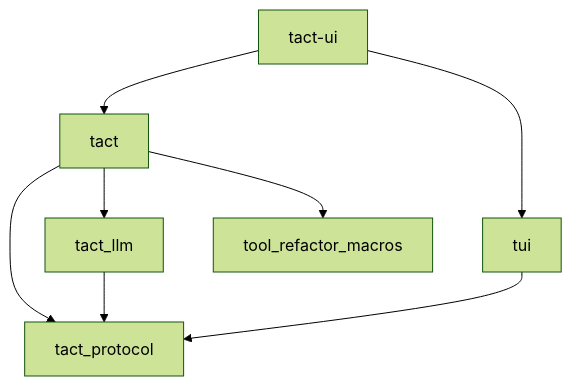
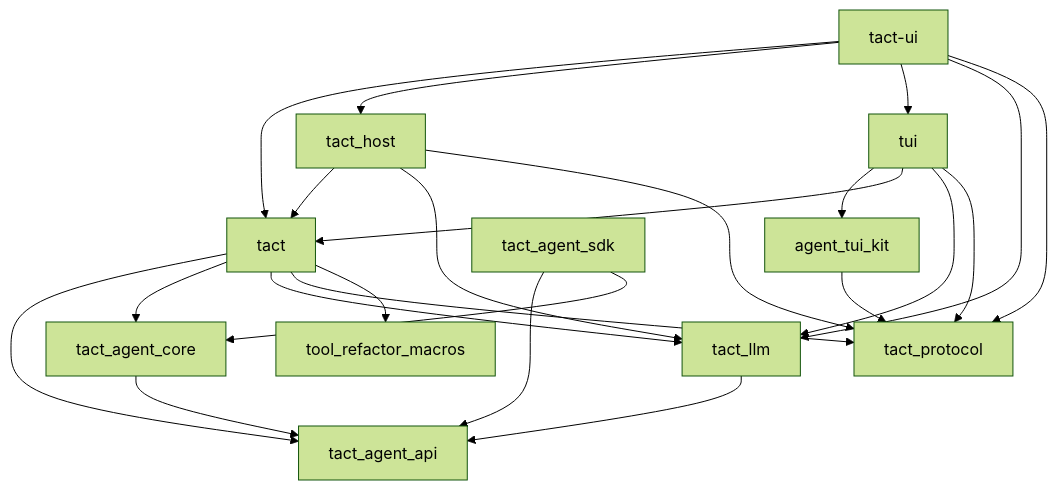
Before and after one commit to rust-infra/tact: the first of 10 diagrams in ARCHITECTURE.md, drawn with Mermaid (forest theme). The commit also changed other lines of this file and 313 other files, not shown here.

First line of the commit message:
feat: agent kernel, embeddable agent SDK, and stable LLM provider SDK (#99)

````diff
--- a/ARCHITECTURE.md
+++ b/ARCHITECTURE.md
@@ -24,10 +29,25 @@
 ```mermaid
 flowchart TB
     tact_ui["tact-ui"] --> tact
+    tact_ui --> tact_host["tact_host"]
+    tact_host --> tact
+    tact_host --> tact_llm
+    tact_host --> tact_protocol
     tact_ui --> tui
+    tact_ui --> tact_llm
+    tact_ui --> tact_protocol
+    tui --> agent_tui_kit
+    tui --> tact
+    tui --> tact_llm
+    tui --> tact_protocol
+    agent_tui_kit --> tact_protocol
+    tact --> tact_agent_api["tact_agent_api"]
+    tact --> tact_agent_core["tact_agent_core"]
+    tact --> tact_llm
     tact --> tact_protocol
-    tact --> tact_llm
     tact --> tool_refactor_macros
-    tact_llm --> tact_protocol
-    tui --> tact_protocol
+    tact_agent_sdk["tact_agent_sdk"] --> tact_agent_api["tact_agent_api"]
+    tact_agent_sdk --> tact_agent_core["tact_agent_core"]
+    tact_agent_core --> tact_agent_api
+    tact_llm --> tact_agent_api
 ```
````
